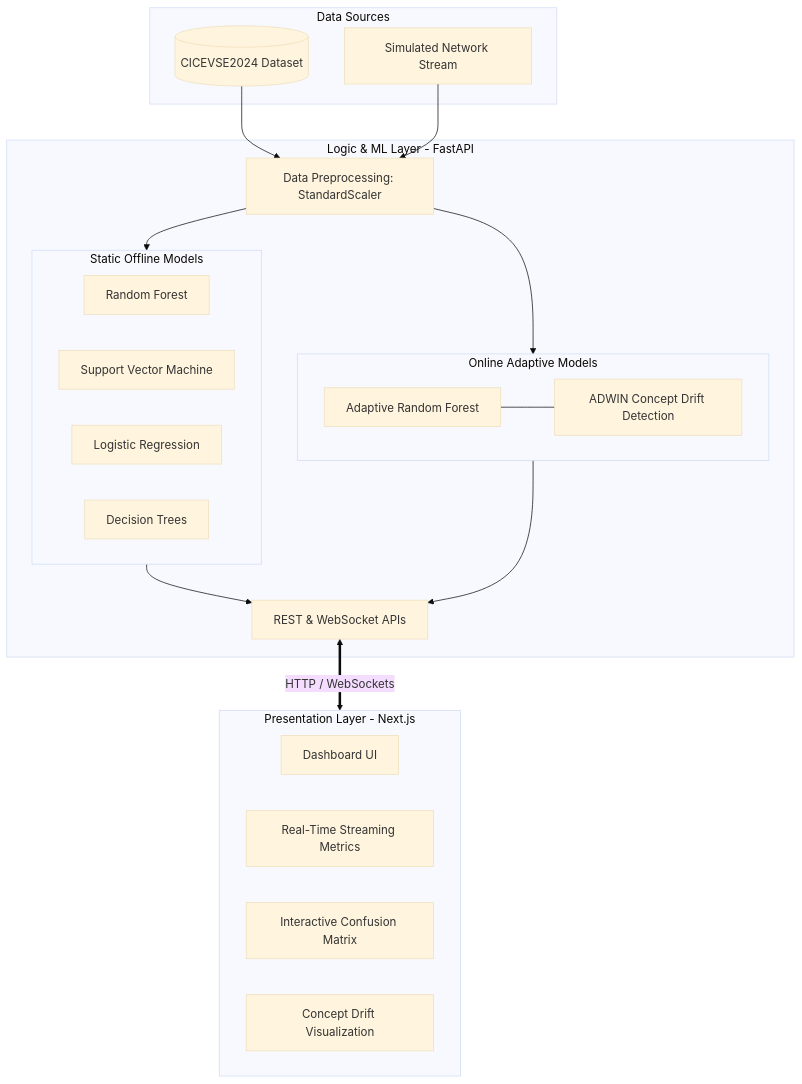
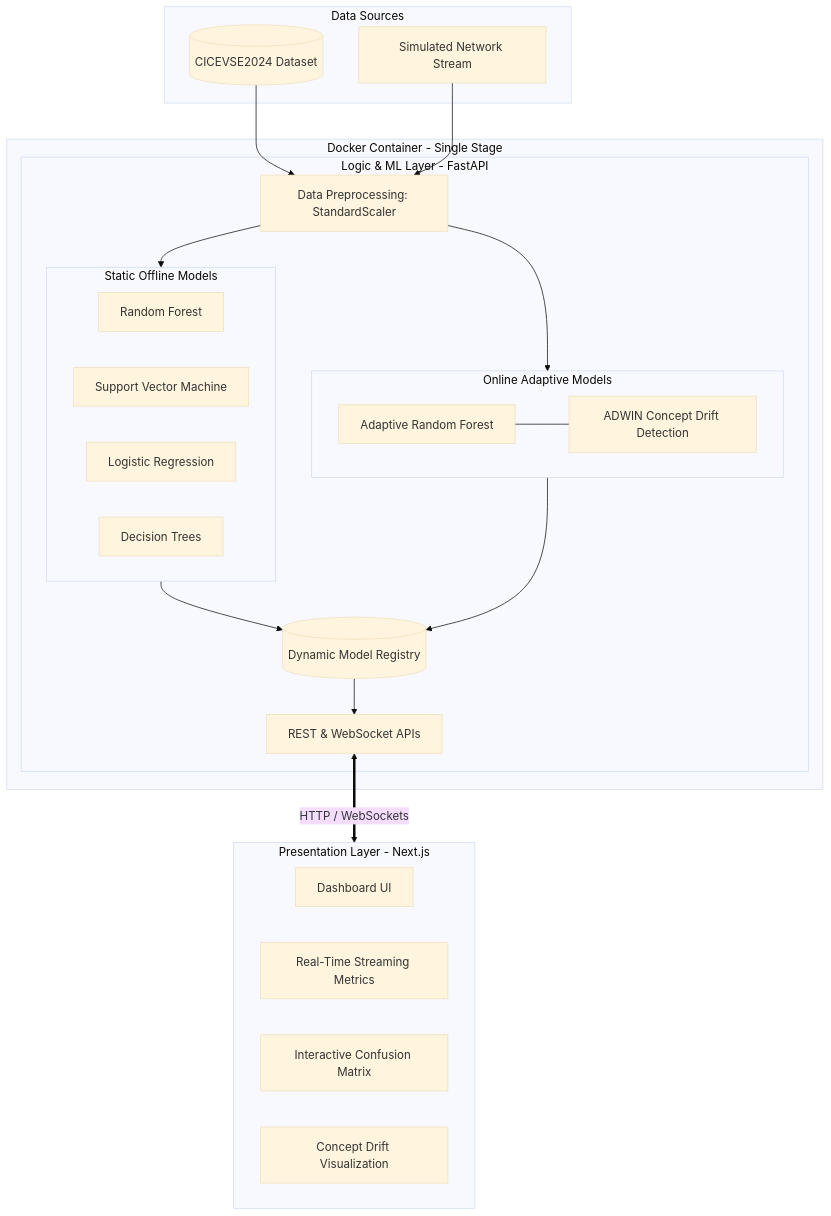
One commit to Mukta01/EVNet_Sentinel changed the diagram in docs/ARCHITECTURE.md. Above: the diagram before and after it, drawn with Mermaid (base theme). The commit also changed 1 other file, not shown here.

Commit message:
docs: Update architecture diagrams with dynamic model registry

````diff
--- a/docs/ARCHITECTURE.md
+++ b/docs/ARCHITECTURE.md
@@ -9,43 +9,47 @@
 ```mermaid
 flowchart TB
     subgraph Data [Data Sources]
         Dataset[(CICEVSE2024 Dataset)]
         Stream[Simulated Network Stream]
     end
 
-    subgraph Backend [Logic & ML Layer - FastAPI]
-        Preprocess[Data Preprocessing: StandardScaler]
-        
-        subgraph StaticML [Static Offline Models]
-            RF[Random Forest]
-            SVM[Support Vector Machine]
-            LR[Logistic Regression]
-            DT[Decision Trees]
+    subgraph Docker [Docker Container - Single Stage]
+        subgraph Backend [Logic & ML Layer - FastAPI]
+            Preprocess[Data Preprocessing: StandardScaler]
+            
+            subgraph StaticML [Static Offline Models]
+                RF[Random Forest]
+                SVM[Support Vector Machine]
+                LR[Logistic Regression]
+                DT[Decision Trees]
+            end
+            
+            subgraph OnlineML [Online Adaptive Models]
+                ARF[Adaptive Random Forest]
+                ADWIN[ADWIN Concept Drift Detection]
+                ARF --- ADWIN
+            end
+            
+            Registry[(Dynamic Model Registry)]
+            API[REST & WebSocket APIs]
         end
-        
-        subgraph OnlineML [Online Adaptive Models]
-            ARF[Adaptive Random Forest]
-            ADWIN[ADWIN Concept Drift Detection]
-            ARF --- ADWIN
-        end
-        
-        API[REST & WebSocket APIs]
     end
 
     subgraph Frontend [Presentation Layer - Next.js]
         UI[Dashboard UI]
         Metrics[Real-Time Streaming Metrics]
         CM[Interactive Confusion Matrix]
         DriftVis[Concept Drift Visualization]
     end
 
     Dataset --> Preprocess
     Stream --> Preprocess
     Preprocess --> StaticML
     Preprocess --> OnlineML
     
-    StaticML --> API
-    OnlineML --> API
+    StaticML --> Registry
+    OnlineML --> Registry
+    Registry --> API
     
     API <==>|HTTP / WebSockets| Frontend
 ```
````
